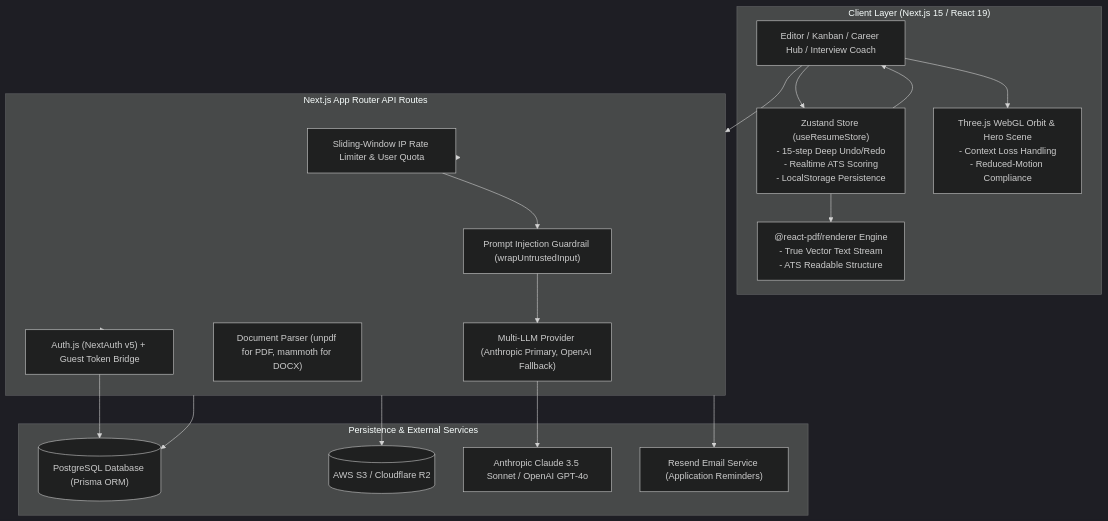
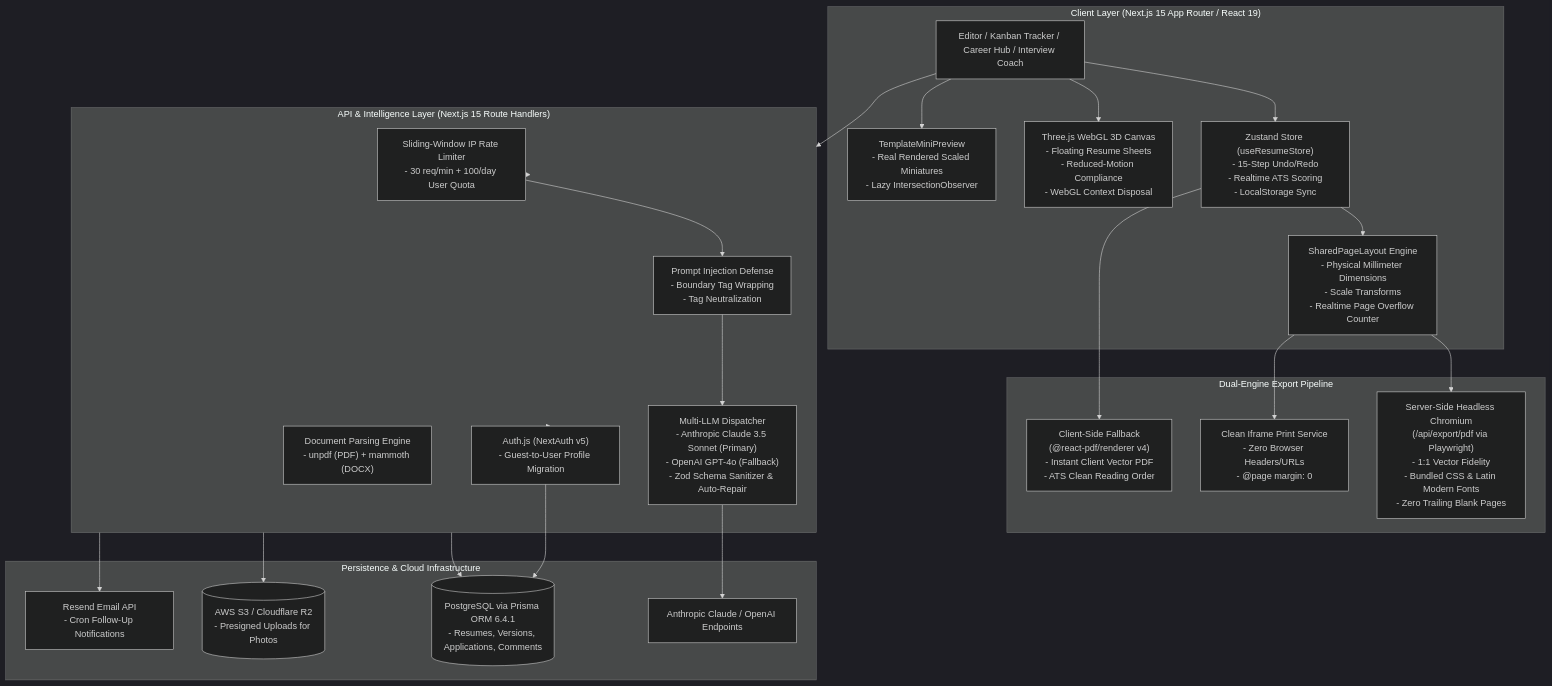
One commit to aziz04076/Resume_forge changed the diagram in docs/ARCHITECTURE.md. Above: the diagram before and after it, drawn with Mermaid (dark theme). The commit also changed other lines of this file and 1 other file, not shown here.

Commit message:
docs: comprehensive system architecture, Mermaid diagrams, and WYSIWYG pipeline explanation

````diff
--- a/docs/ARCHITECTURE.md
+++ b/docs/ARCHITECTURE.md
@@ -16,40 +17,50 @@
 ```mermaid
 flowchart TD
-    subgraph Client ["Client Layer (Next.js 15 / React 19)"]
-        UI["Editor / Kanban / Career Hub / Interview Coach"]
-        Store["Zustand Store (useResumeStore)<br/>- 15-step Deep Undo/Redo<br/>- Realtime ATS Scoring<br/>- LocalStorage Persistence"]
-        Renderer3D["Three.js WebGL Orbit & Hero Scene<br/>- Context Loss Handling<br/>- Reduced-Motion Compliance"]
-        PDFRenderer["@react-pdf/renderer Engine<br/>- True Vector Text Stream<br/>- ATS Readable Structure"]
+    subgraph ClientLayer ["Client Layer (Next.js 15 App Router / React 19)"]
+        UI["Editor / Kanban Tracker / Career Hub / Interview Coach"]
+        Store["Zustand Store (useResumeStore)<br/>- 15-Step Undo/Redo<br/>- Realtime ATS Scoring<br/>- LocalStorage Sync"]
+        ThreeCanvas["Three.js WebGL 3D Canvas<br/>- Floating Resume Sheets<br/>- Reduced-Motion Compliance<br/>- WebGL Context Disposal"]
+        SharedLayout["SharedPageLayout Engine<br/>- Physical Millimeter Dimensions<br/>- Scale Transforms<br/>- Realtime Page Overflow Counter"]
+        MiniPreview["TemplateMiniPreview<br/>- Real Rendered Scaled Miniatures<br/>- Lazy IntersectionObserver"]
     end
 
-    subgraph API ["Next.js App Router API Routes"]
-        AuthMiddleware["Auth.js (NextAuth v5) + Guest Token Bridge"]
-        RateLimiter["Sliding-Window IP Rate Limiter & User Quota"]
-        PromptSanitizer["Prompt Injection Guardrail (wrapUntrustedInput)"]
-        AIEngine["Multi-LLM Provider (Anthropic Primary, OpenAI Fallback)"]
-        DataExtractor["Document Parser (unpdf for PDF, mammoth for DOCX)"]
+    subgraph ExportPipeline ["Dual-Engine Export Pipeline"]
+        ChromiumEngine["Server-Side Headless Chromium<br/>(/api/export/pdf via Playwright)<br/>- 1:1 Vector Fidelity<br/>- Bundled CSS & Latin Modern Fonts<br/>- Zero Trailing Blank Pages"]
+        ReactPdfEngine["Client-Side Fallback<br/>(@react-pdf/renderer v4)<br/>- Instant Client Vector PDF<br/>- ATS Clean Reading Order"]
+        CleanPrint["Clean Iframe Print Service<br/>- Zero Browser Headers/URLs<br/>- @page margin: 0"]
     end
 
-    subgraph Storage ["Persistence & External Services"]
-        PG[("PostgreSQL Database (Prisma ORM)")]
-        S3[("AWS S3 / Cloudflare R2")]
-        LLMs["Anthropic Claude 3.5 Sonnet / OpenAI GPT-4o"]
-        ResendAPI["Resend Email Service (Application Reminders)"]
+    subgraph APILayer ["API & Intelligence Layer (Next.js 15 Route Handlers)"]
+        AuthMiddleware["Auth.js (NextAuth v5)<br/>- Guest-to-User Profile Migration"]
+        RateLimiter["Sliding-Window IP Rate Limiter<br/>- 30 req/min + 100/day User Quota"]
+        PromptGuard["Prompt Injection Defense<br/>- Boundary Tag Wrapping<br/>- Tag Neutralization"]
+        AIProvider["Multi-LLM Dispatcher<br/>- Anthropic Claude 3.5 Sonnet (Primary)<br/>- OpenAI GPT-4o (Fallback)<br/>- Zod Schema Sanitizer & Auto-Repair"]
+        DocParser["Document Parsing Engine<br/>- unpdf (PDF) + mammoth (DOCX)"]
+    end
+
+    subgraph Persistence ["Persistence & Cloud Infrastructure"]
+        PostgreSQL[("PostgreSQL via Prisma ORM 6.4.1<br/>- Resumes, Versions, Applications, Comments")]
+        S3Storage[("AWS S3 / Cloudflare R2<br/>- Presigned Uploads for Photos")]
+        ExternalLLM["Anthropic Claude / OpenAI Endpoints"]
+        ResendEmail["Resend Email API<br/>- Cron Follow-Up Notifications"]
     end
 
     UI --> Store
-    Store --> UI
-    Store --> PDFRenderer
-    UI --> Renderer3D
-    UI --> API
+    Store --> SharedLayout
+    SharedLayout --> ChromiumEngine
+    SharedLayout --> CleanPrint
+    Store --> ReactPdfEngine
+    UI --> ThreeCanvas
+    UI --> MiniPreview
+    UI --> APILayer
 
-    API --> RateLimiter
-    RateLimiter --> PromptSanitizer
-    PromptSanitizer --> AIEngine
-    AIEngine --> LLMs
-    API --> AuthMiddleware
-    AuthMiddleware --> PG
-    API --> PG
-    API --> S3
-    API --> ResendAPI
+    APILayer --> RateLimiter
+    RateLimiter --> PromptGuard
+    PromptGuard --> AIProvider
+    AIProvider --> ExternalLLM
+    APILayer --> AuthMiddleware
+    AuthMiddleware --> PostgreSQL
+    APILayer --> PostgreSQL
+    APILayer --> S3Storage
+    APILayer --> ResendEmail
 ```
````
